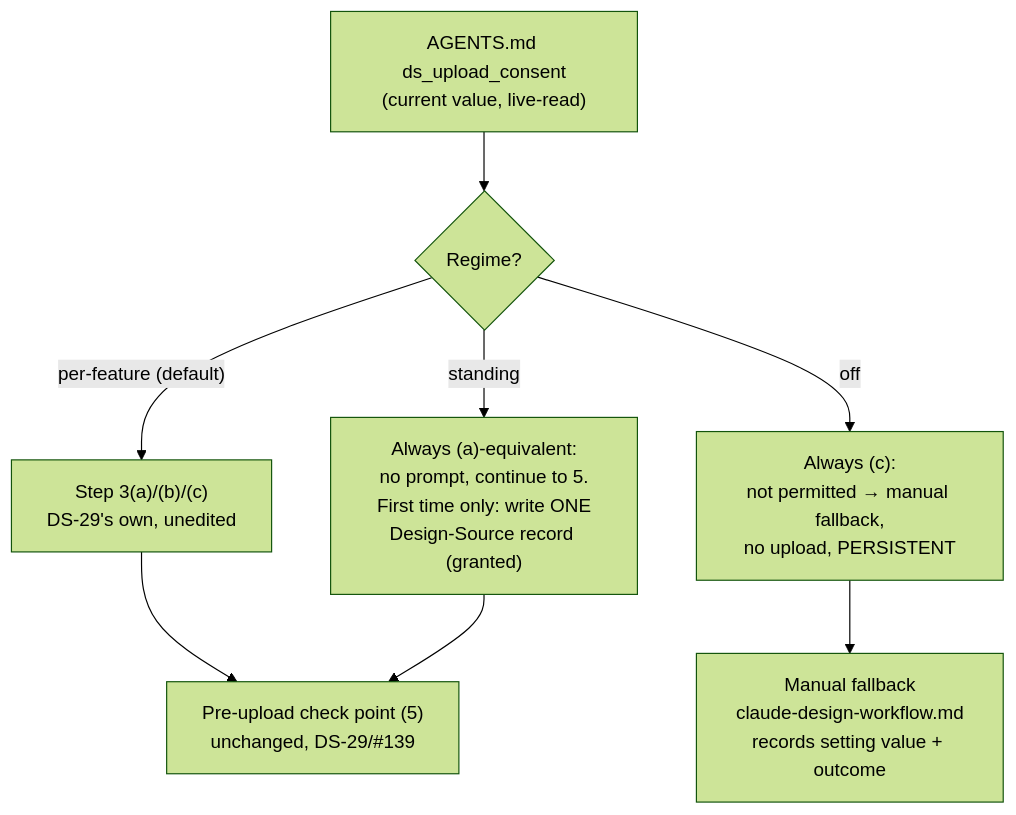
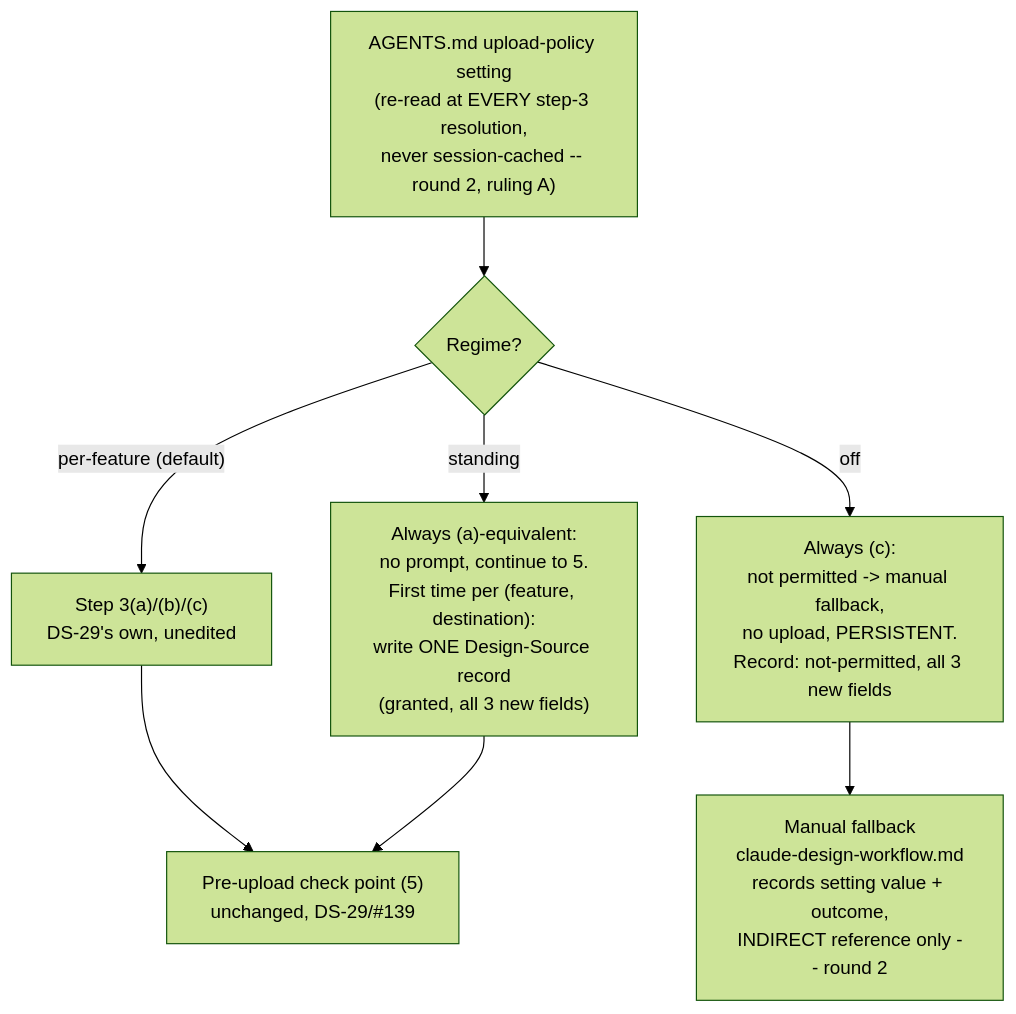
Before and after one commit to aharada54914/sdd-forge: the diagram in specs/design-sync-standing-consent/design.md, drawn with Mermaid (forest theme). The commit also changed other lines of this file and 10 other files, not shown here.

````diff
--- a/specs/design-sync-standing-consent/design.md
+++ b/specs/design-sync-standing-consent/design.md
@@ -25,10 +27,10 @@
 ```mermaid
 flowchart TD
-  S["AGENTS.md ds_upload_consent<br/>(current value, live-read)"] --> D{"Regime?"}
+  S["AGENTS.md upload-policy setting<br/>(re-read at EVERY step-3 resolution,<br/>never session-cached -- round 2, ruling A)"] --> D{"Regime?"}
   D -->|"per-feature (default)"| P3["Step 3(a)/(b)/(c)<br/>DS-29's own, unedited"]
-  D -->|"standing"| ST["Always (a)-equivalent:<br/>no prompt, continue to 5.<br/>First time only: write ONE<br/>Design-Source record (granted)"]
-  D -->|"off"| OF["Always (c):<br/>not permitted → manual fallback,<br/>no upload, PERSISTENT"]
+  D -->|"standing"| ST["Always (a)-equivalent:<br/>no prompt, continue to 5.<br/>First time per (feature, destination):<br/>write ONE Design-Source record<br/>(granted, all 3 new fields)"]
+  D -->|"off"| OF["Always (c):<br/>not permitted -> manual fallback,<br/>no upload, PERSISTENT.<br/>Record: not-permitted, all 3 new fields"]
   P3 --> CP["Pre-upload check point (5)<br/>unchanged, DS-29/#139"]
   ST --> CP
-  OF --> FB["Manual fallback<br/>claude-design-workflow.md<br/>records setting value + outcome"]
+  OF --> FB["Manual fallback<br/>claude-design-workflow.md<br/>records setting value + outcome,<br/>INDIRECT reference only -- round 2"]
 ```
````
